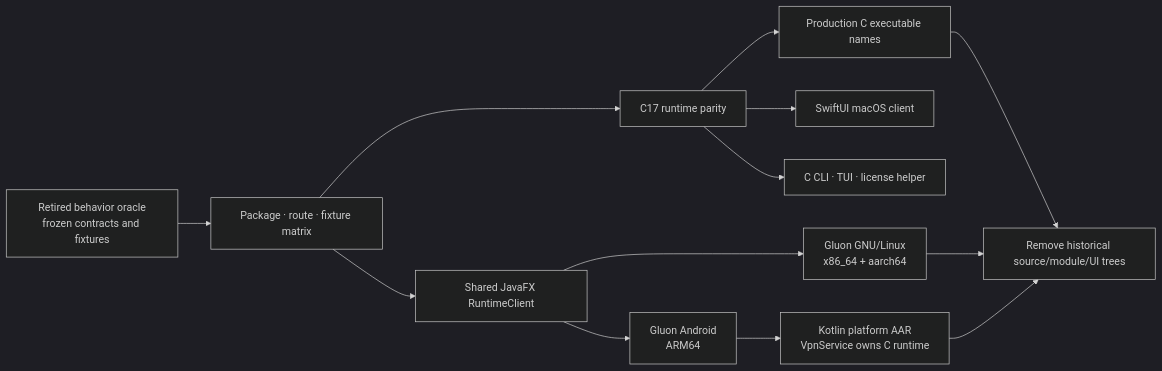
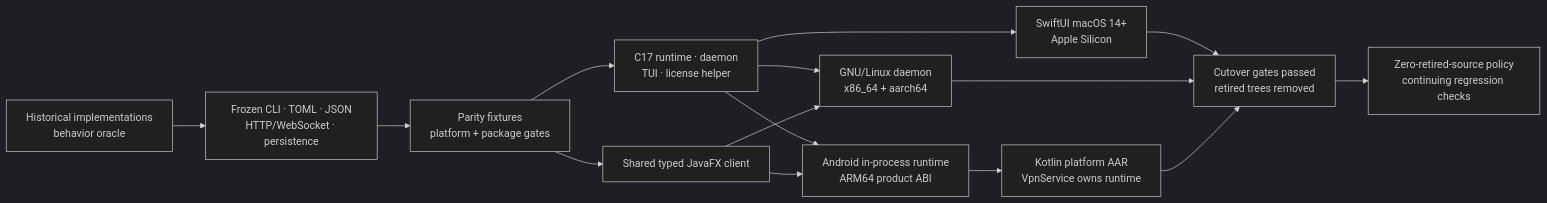
Before and after one commit to JohnThre/clambhook: the diagram in docs/c-migration.md, drawn with Mermaid (dark theme). The commit also changed other lines of this file and 28 other files, not shown here.

Commit message:
Refresh documentation and diagrams

````diff
--- a/docs/c-migration.md
+++ b/docs/c-migration.md
@@ -34,15 +35,17 @@
 ```mermaid
 flowchart LR
-    oracle["Retired behavior oracle<br/>frozen contracts and fixtures"] --> matrix["Package · route · fixture matrix"]
-    matrix --> c17["C17 runtime parity"]
-    c17 --> names["Production C executable names"]
-    matrix --> javafx["Shared JavaFX RuntimeClient"]
-    javafx --> linux["Gluon GNU/Linux<br/>x86_64 + aarch64"]
-    javafx --> android["Gluon Android<br/>ARM64"]
-    android --> kotlin["Kotlin platform AAR<br/>VpnService owns C runtime"]
-    c17 --> swift["SwiftUI macOS client"]
-    c17 --> cli["C CLI · TUI · license helper"]
-    names --> removal["Remove historical source/module/UI trees"]
+    historical["Historical implementations<br/>behavior oracle"] --> contracts["Frozen CLI · TOML · JSON<br/>HTTP/WebSocket · persistence"]
+    contracts --> fixtures["Parity fixtures<br/>platform + package gates"]
+    fixtures --> c17["C17 runtime · daemon<br/>TUI · license helper"]
+    fixtures --> javafx["Shared typed JavaFX client"]
+    c17 --> swift["SwiftUI macOS 14+<br/>Apple Silicon"]
+    c17 --> linux["GNU/Linux daemon<br/>x86_64 + aarch64"]
+    c17 --> android["Android in-process runtime<br/>ARM64 product ABI"]
+    javafx --> linux
+    javafx --> android
+    android --> kotlin["Kotlin platform AAR<br/>VpnService owns runtime"]
+    swift --> removal["Cutover gates passed<br/>retired trees removed"]
     linux --> removal
     kotlin --> removal
+    removal --> policy["Zero-retired-source policy<br/>continuing regression checks"]
 ```
````
